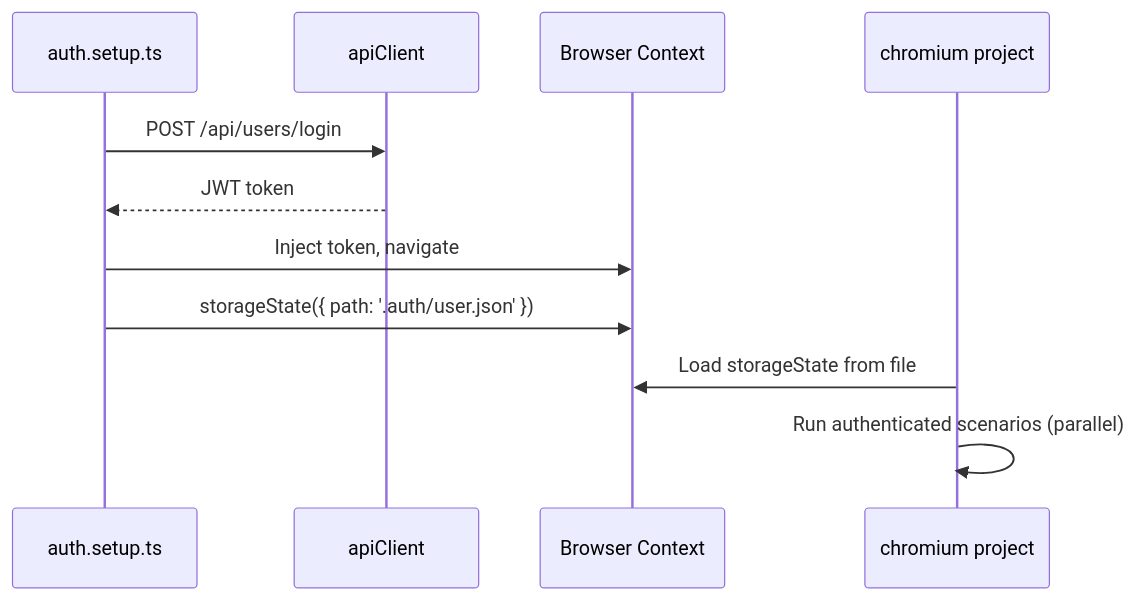
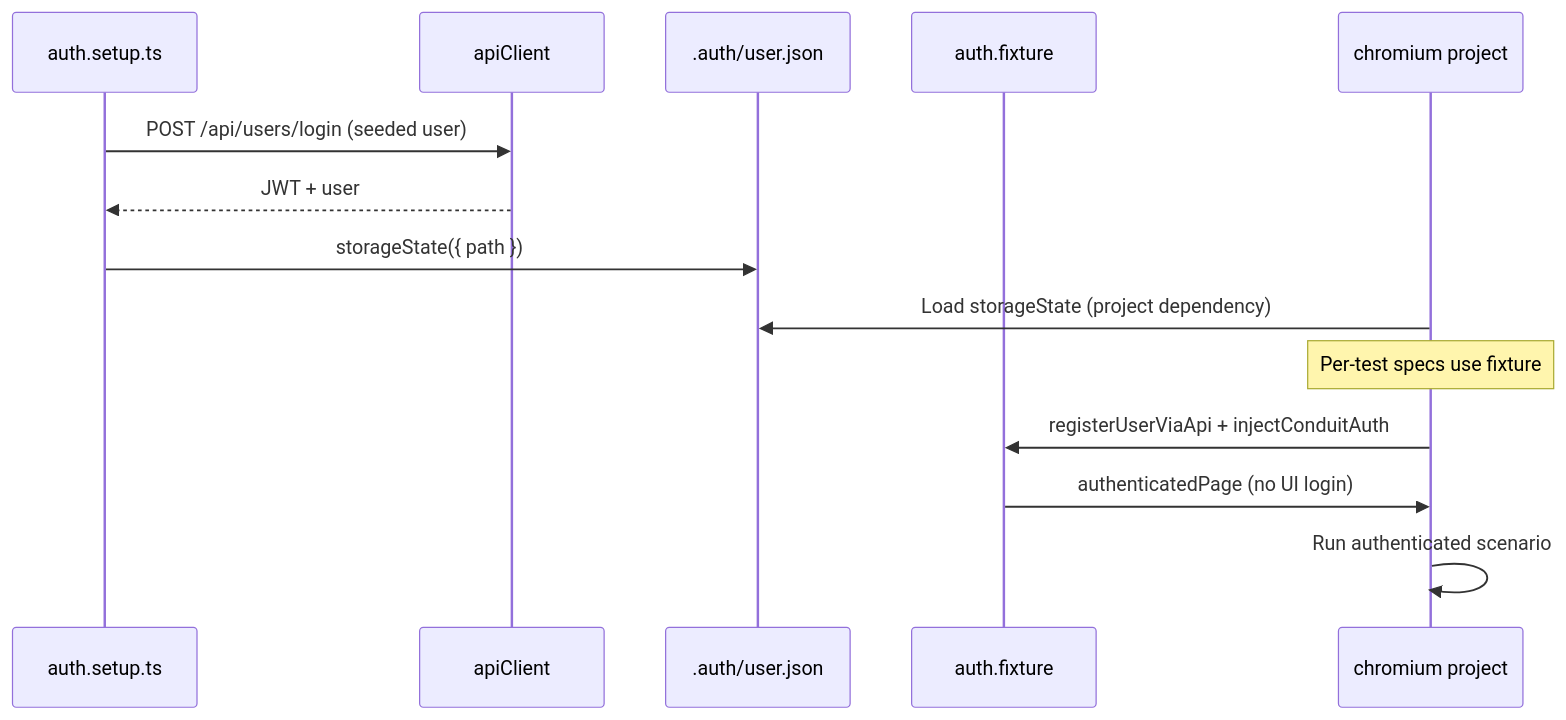
Before and after one commit to mahzereen/cypress-to-playwrite-migration: the second of 2 diagrams in migration/analysis/auth-flow-comparison.md, drawn with Mermaid. The commit also changed other lines of this file and 12 other files, not shown here.

````diff
--- a/migration/analysis/auth-flow-comparison.md
+++ b/migration/analysis/auth-flow-comparison.md
@@ -47,14 +50,17 @@
 ```mermaid
 sequenceDiagram
     participant Setup as auth.setup.ts
     participant API as apiClient
-    participant Browser as Browser Context
+    participant File as .auth/user.json
+    participant Fixture as auth.fixture
     participant Tests as chromium project
 
-    Setup->>API: POST /api/users/login
-    API-->>Setup: JWT token
-    Setup->>Browser: Inject token, navigate
-    Setup->>Browser: storageState({ path: '.auth/user.json' })
-    Tests->>Browser: Load storageState from file
-    Tests->>Tests: Run authenticated scenarios (parallel)
+    Setup->>API: POST /api/users/login (seeded user)
+    API-->>Setup: JWT + user
+    Setup->>File: storageState({ path })
+    Tests->>File: Load storageState (project dependency)
+    Note over Tests: Per-test specs use fixture
+    Tests->>Fixture: registerUserViaApi + injectConduitAuth
+    Fixture->>Tests: authenticatedPage (no UI login)
+    Tests->>Tests: Run authenticated scenario
 ```
````
